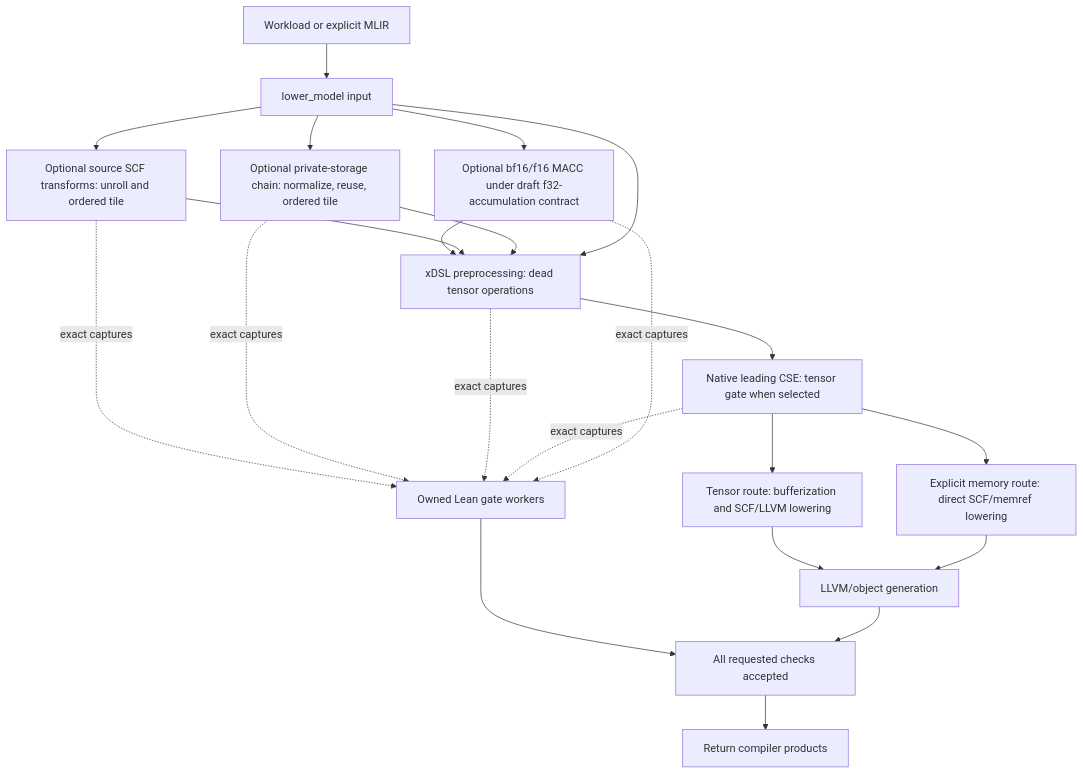
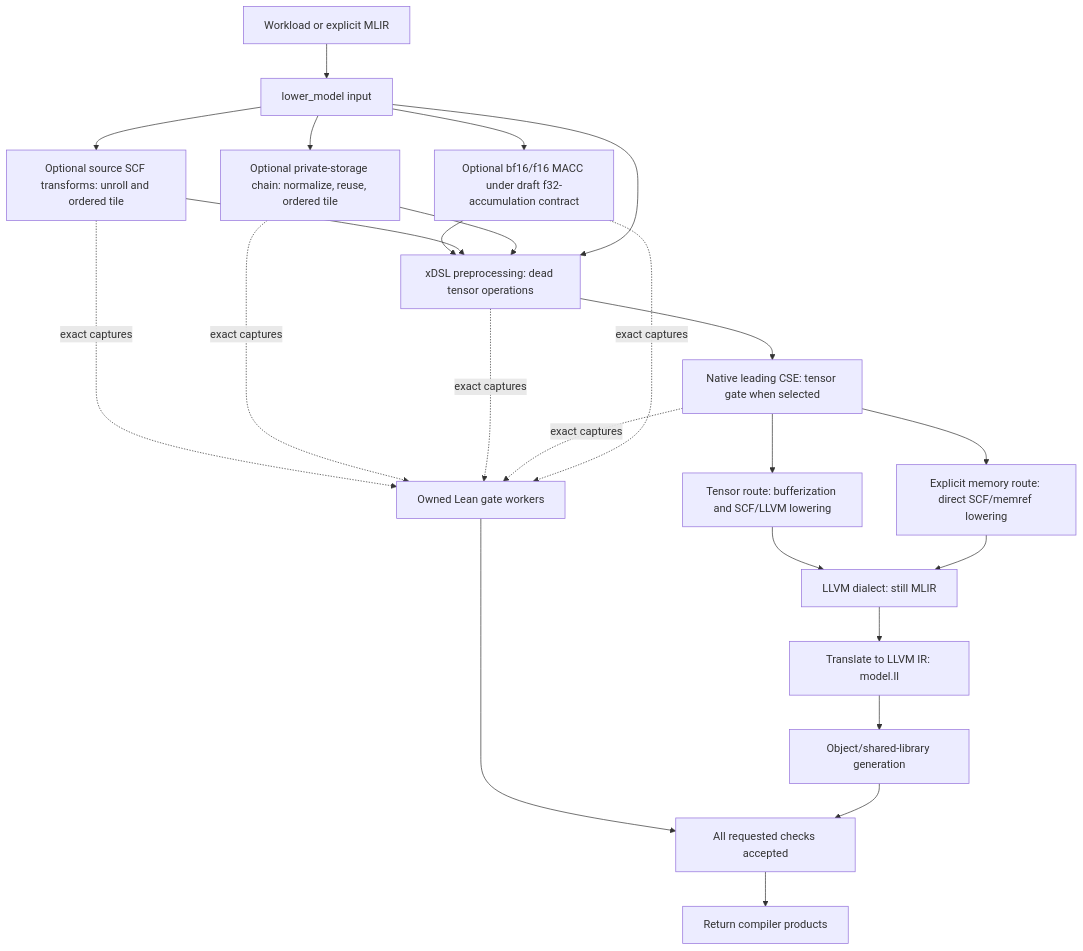
One commit to ucb-bar/merlin changed the diagram in docs/guides/lean_compiler_stack.md. Above: the diagram before and after it, drawn with Mermaid. The commit also changed other lines of this file and 8 other files, not shown here.

````diff
--- a/docs/guides/lean_compiler_stack.md
+++ b/docs/guides/lean_compiler_stack.md
@@ -43,24 +55,26 @@
 ```mermaid
 flowchart TD
   A[Workload or explicit MLIR] --> B[lower_model input]
   B --> N[Optional bf16/f16 MACC under draft f32-accumulation contract]
   N --> E
   B --> C[Optional source SCF transforms: unroll and ordered tile]
   B --> D[Optional private-storage chain: normalize, reuse, ordered tile]
   C --> E[xDSL preprocessing: dead tensor operations]
   D --> E
   B --> E
   E --> F[Native leading CSE: tensor gate when selected]
   F --> T[Tensor route: bufferization and SCF/LLVM lowering]
   F --> M[Explicit memory route: direct SCF/memref lowering]
-  T --> G[LLVM/object generation]
-  M --> G
+  T --> L[LLVM dialect: still MLIR]
+  M --> L
+  L --> R[Translate to LLVM IR: model.ll]
+  R --> G[Object/shared-library generation]
   C -. exact captures .-> P[Owned Lean gate workers]
   D -. exact captures .-> P
   E -. exact captures .-> P
   F -. exact captures .-> P
   N -. exact captures .-> P
   P --> H[All requested checks accepted]
   G --> H
   H --> I[Return compiler products]
 ```
````
